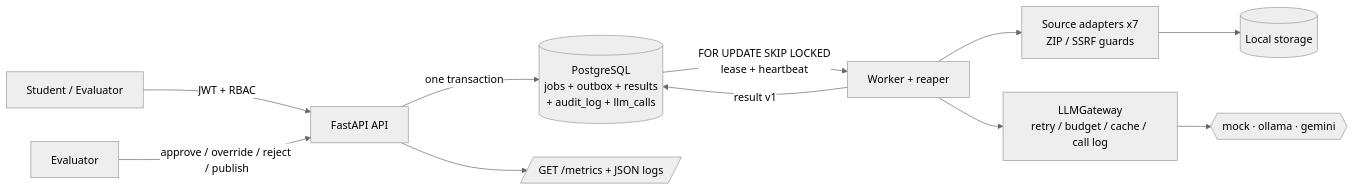
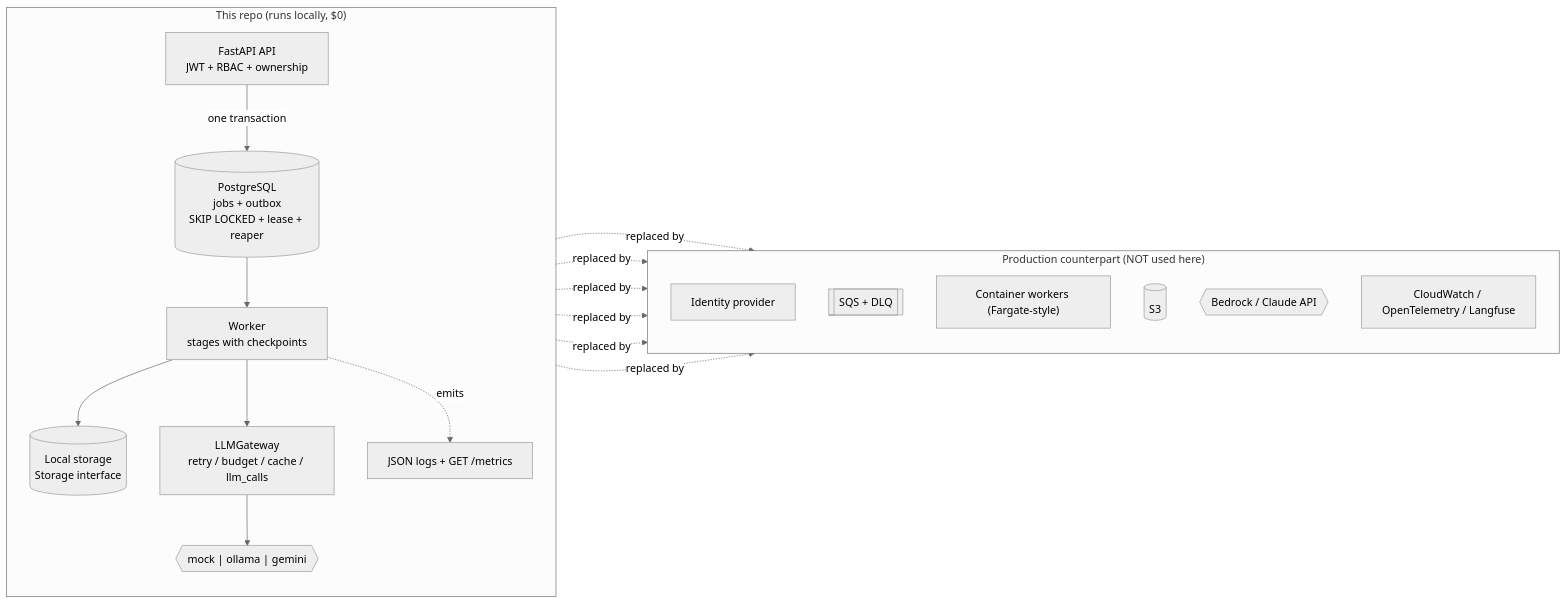
One commit to SaiPavan122001/Assignment_Demo changed the diagram in README.md. Above: the diagram before and after it, drawn with Mermaid (neutral theme). The commit also changed other lines of this file, not shown here.

Commit message:
Step 3: README status table with strict vocabulary, per-artifact and per-provider rows, architecture mapping, dated test output, limitations

````diff
--- a/README.md
+++ b/README.md
@@ -35,13 +51,33 @@
 ```mermaid
 flowchart LR
-    S[Student / Evaluator] -->|JWT + RBAC| API[FastAPI API]
-    API -->|one transaction| PG[(PostgreSQL<br/>jobs + outbox + results<br/>+ audit_log + llm_calls)]
-    PG -->|FOR UPDATE SKIP LOCKED<br/>lease + heartbeat| W[Worker + reaper]
-    W --> AD[Source adapters x7<br/>ZIP / SSRF guards]
-    AD --> ST[(Local storage)]
-    W --> GW[LLMGateway<br/>retry / budget / cache / call log]
-    GW --> P{{mock · ollama · gemini}}
-    W -->|result v1| PG
-    E[Evaluator] -->|approve / override / reject / publish| API
-    API --> M[/GET /metrics + JSON logs/]
+    subgraph POC["This repo (runs locally, $0)"]
+        direction TB
+        API["FastAPI API<br/>JWT + RBAC + ownership"]
+        PG[("PostgreSQL<br/>jobs + outbox<br/>SKIP LOCKED + lease + reaper")]
+        W["Worker<br/>stages with checkpoints"]
+        ST[("Local storage<br/>Storage interface")]
+        GW["LLMGateway<br/>retry / budget / cache / llm_calls"]
+        PR{{"mock | ollama | gemini"}}
+        OBS["JSON logs + GET /metrics"]
+    end
+    subgraph PROD["Production counterpart (NOT used here)"]
+        direction TB
+        IDP["Identity provider"]
+        SQS[["SQS + DLQ"]]
+        WK["Container workers (Fargate-style)"]
+        S3[("S3")]
+        BR{{"Bedrock / Claude API"}}
+        CW["CloudWatch / OpenTelemetry / Langfuse"]
+    end
+    API -->|one transaction| PG
+    PG --> W
+    W --> ST
+    W --> GW --> PR
+    W -. emits .-> OBS
+    API -. replaced by .-> IDP
+    PG -. replaced by .-> SQS
+    W -. replaced by .-> WK
+    ST -. replaced by .-> S3
+    GW -. replaced by .-> BR
+    OBS -. replaced by .-> CW
 ```
````
